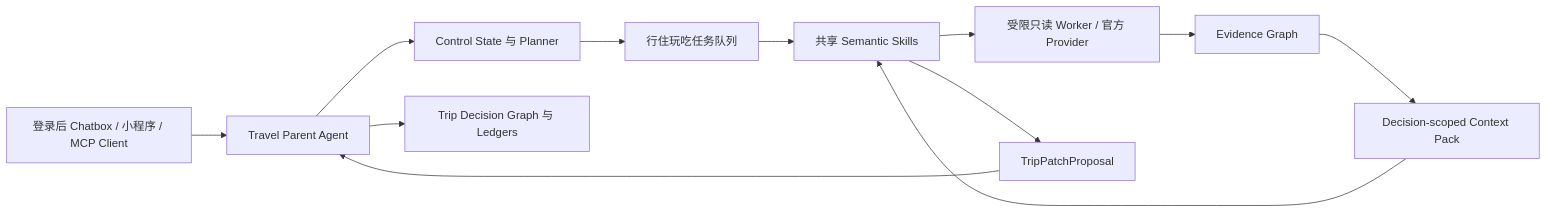
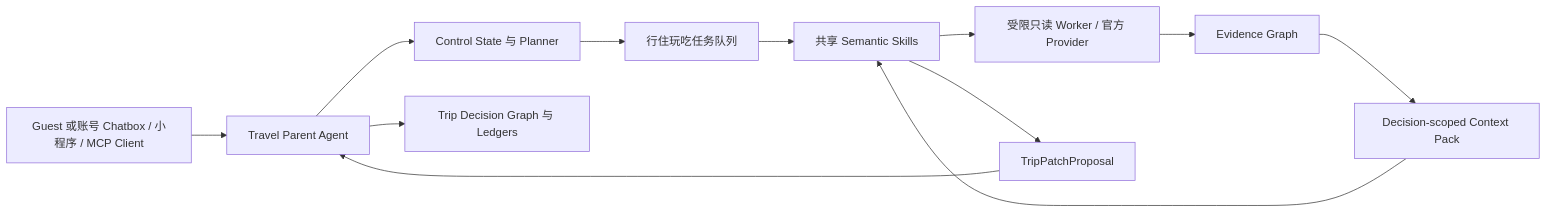
Before and after one commit to DESONGs/zhuanshu-travel-agent: the diagram in wiki/current/02-agent-architecture.md, drawn with Mermaid. The commit also changed other lines of this file and 116 other files, not shown here.

````diff
--- a/wiki/current/02-agent-architecture.md
+++ b/wiki/current/02-agent-architecture.md
@@ -15,14 +15,14 @@
 ```mermaid
 flowchart LR
-  UI[登录后 Chatbox / 小程序 / MCP Client] --> PA[Travel Parent Agent]
+  UI[Guest 或账号 Chatbox / 小程序 / MCP Client] --> PA[Travel Parent Agent]
   PA --> CP[Control State 与 Planner]
   CP --> TQ[行住玩吃任务队列]
   TQ --> SS[共享 Semantic Skills]
   SS --> WK[受限只读 Worker / 官方 Provider]
   WK --> EG[Evidence Graph]
   EG --> CTX[Decision-scoped Context Pack]
   CTX --> SS
   SS --> PP[TripPatchProposal]
   PP --> PA
   PA --> DG[Trip Decision Graph 与 Ledgers]
 ```
````
